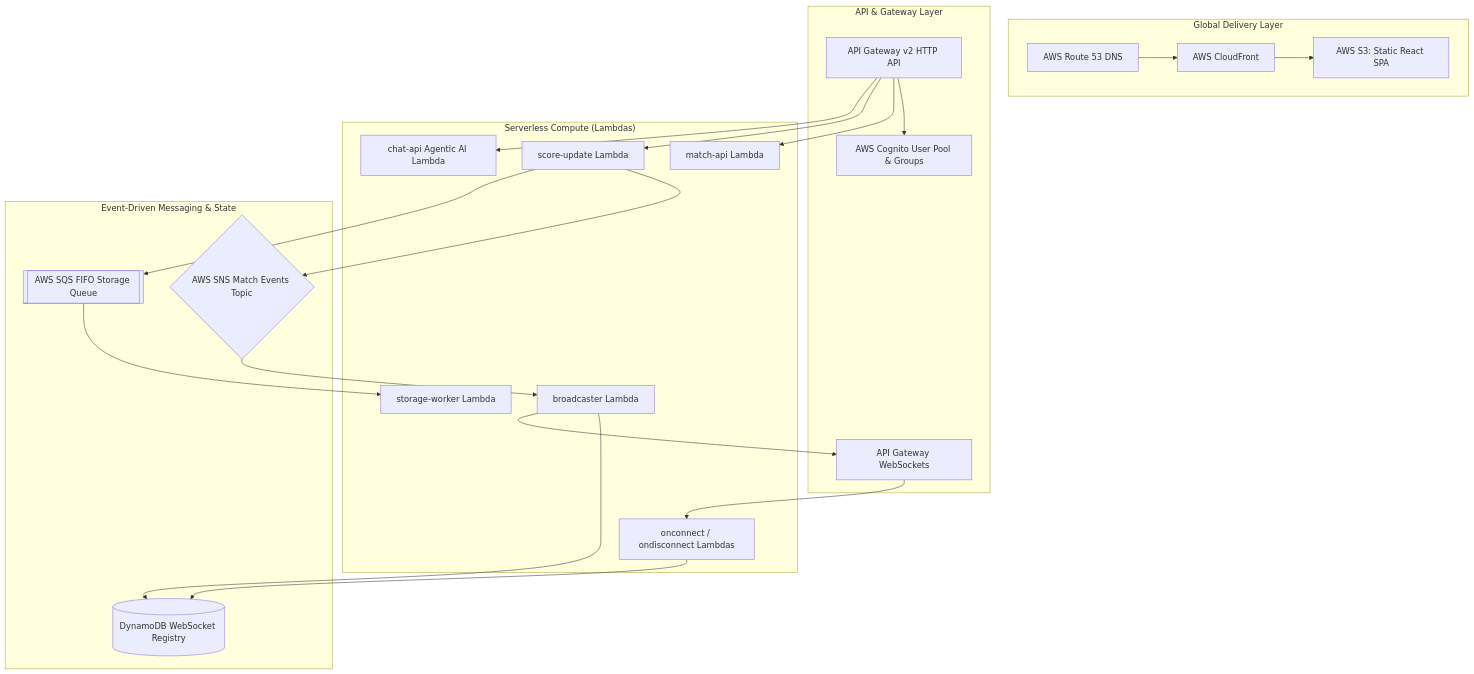
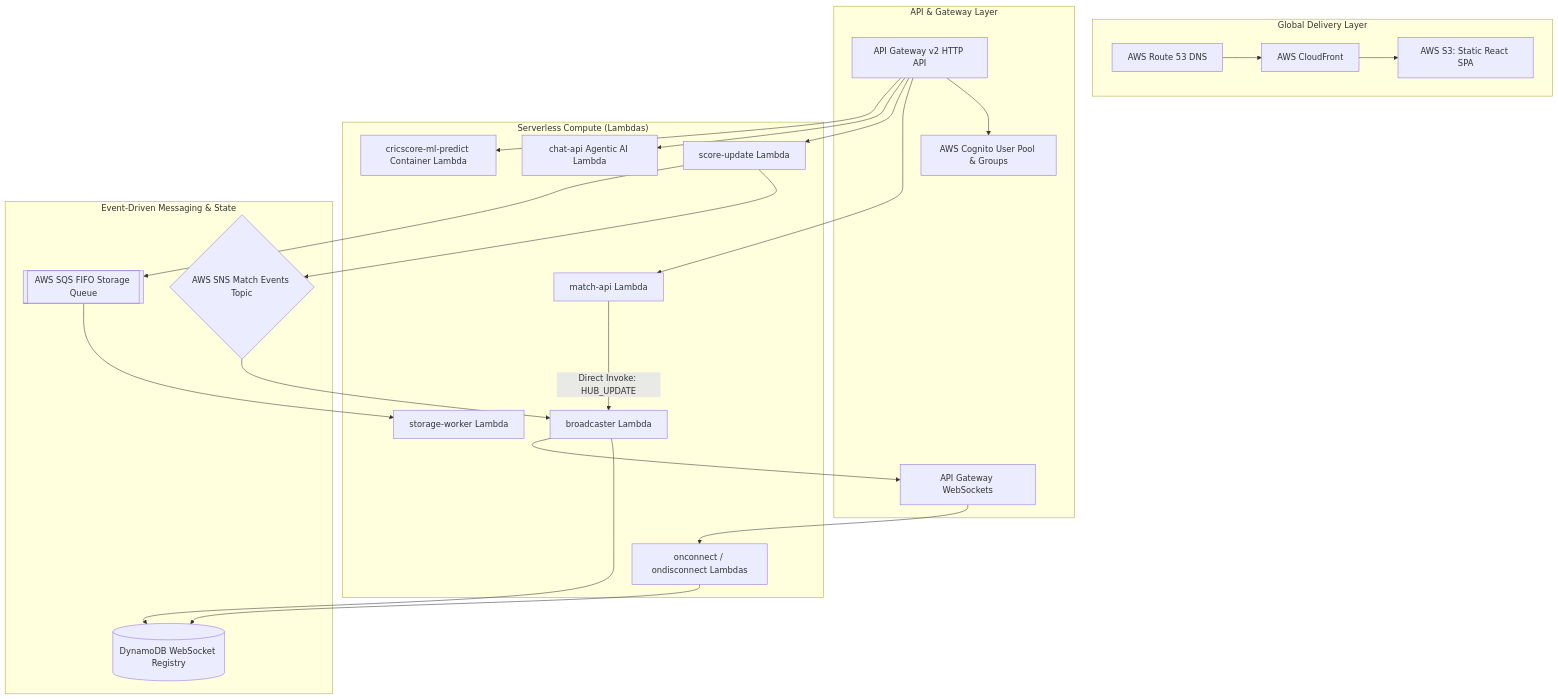
The diagram in docs/terraform_guide.md (venkatesh-singamsetty/cricscore), drawn with Mermaid before and after one commit. The commit also changed 80 other files, not shown here.

````diff
--- a/docs/terraform_guide.md
+++ b/docs/terraform_guide.md
@@ -16,41 +16,44 @@
 ```mermaid
 graph TD
     subgraph CDN ["Global Delivery Layer"]
         CF[AWS CloudFront] --> S3[AWS S3: Static React SPA]
         R53[AWS Route 53 DNS] --> CF
     end
 
     subgraph API ["API & Gateway Layer"]
         HTTP_GW[API Gateway v2 HTTP API]
         WS_GW[API Gateway WebSockets]
         COG[AWS Cognito User Pool & Groups]
         HTTP_GW --> COG
     end
 
     subgraph COMPUTE ["Serverless Compute (Lambdas)"]
         L_MATCH[match-api Lambda]
         L_SCORE[score-update Lambda]
         L_WORKER[storage-worker Lambda]
         L_BROAD[broadcaster Lambda]
         L_SESS[onconnect / ondisconnect Lambdas]
         L_CHAT[chat-api Agentic AI Lambda]
+        L_ML[cricscore-ml-predict Container Lambda]
     end
 
     subgraph MSG ["Event-Driven Messaging & State"]
         SNS{AWS SNS Match Events Topic}
         SQS[[AWS SQS FIFO Storage Queue]]
         DDB[(DynamoDB WebSocket Registry)]
     end
 
     HTTP_GW --> L_MATCH
     HTTP_GW --> L_SCORE
     HTTP_GW --> L_CHAT
+    HTTP_GW --> L_ML
     WS_GW --> L_SESS
     L_SESS --> DDB
     L_SCORE --> SNS
     L_SCORE --> SQS
+    L_MATCH -->|Direct Invoke: HUB_UPDATE| L_BROAD
     SQS --> L_WORKER
     SNS --> L_BROAD
     L_BROAD --> DDB
     L_BROAD --> WS_GW
 ```
````
